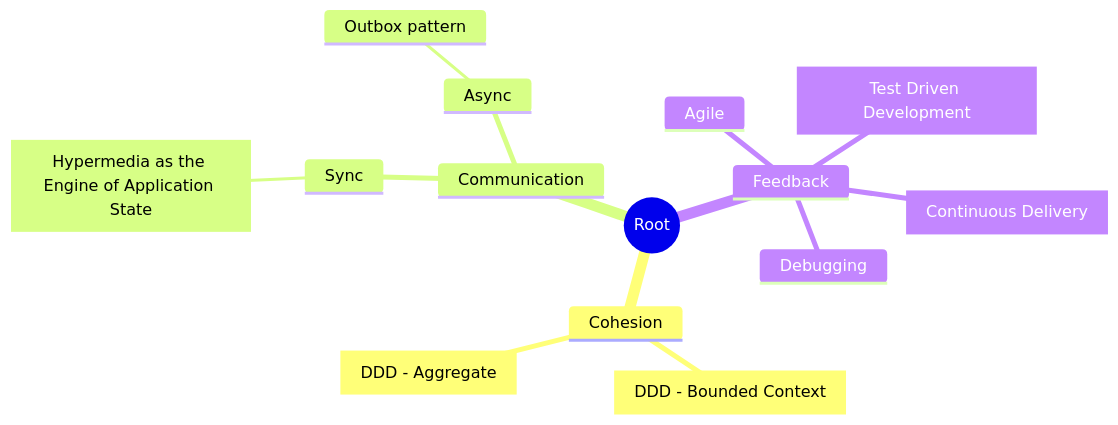
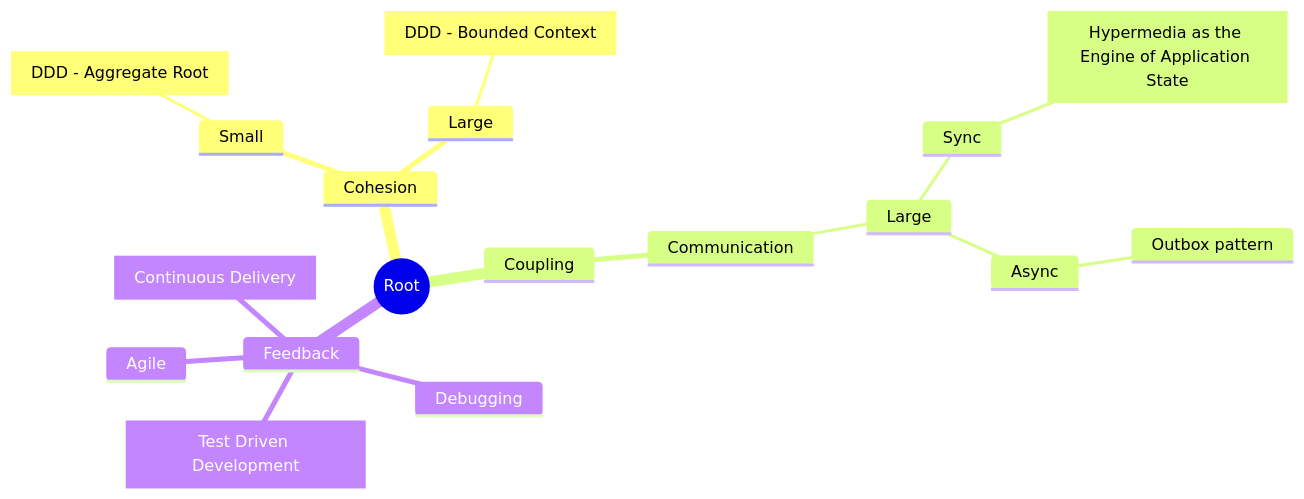
Before and after one commit to grierson/grierson: the diagram in README.md, drawn with Mermaid. The commit also changed 1 other file, not shown here.

Commit message:
event sourcing - drawn

````diff
--- a/README.md
+++ b/README.md
@@ -3,17 +3,21 @@
 ```mermaid
 mindmap
 root((Root))
   Cohesion
-    Bounded Context [DDD - Bounded Context]
-    Aggregate [DDD - Aggregate]
-  Communication
-    Sync
-      HATEOAS [Hypermedia as the Engine of Application State]
-    Async
-      Outbox pattern
+    Small
+      Aggregate Root [DDD - Aggregate Root]
+    Large 
+      Bounded Context [DDD - Bounded Context]
+  Coupling
+    Communication
+      Large
+        Sync
+          HATEOAS [Hypermedia as the Engine of Application State]
+        Async
+          Outbox pattern
   Feedback
     TDD [Test Driven Development]
     Agile
     CI/CD [Continuous Delivery]
     Debugging
 ```
````
